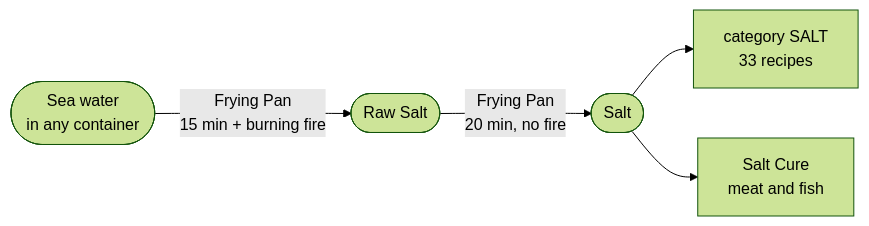
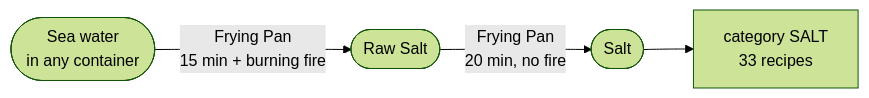
Before and after one commit to Psyern/Psyerns_ChefZ: the third of 14 diagrams in ChefZ_Wiki/Production-Chains.md, drawn with Mermaid (forest theme). The commit also changed other lines of this file and 359 other files, not shown here.

````diff
--- a/ChefZ_Wiki/Production-Chains.md
+++ b/ChefZ_Wiki/Production-Chains.md
@@ -120,7 +121,6 @@
 ```mermaid
 graph LR
   SW(["Sea water<br/>in any container"]) -->|"Frying Pan<br/>15 min + burning fire"| RS(["Raw Salt"])
   RS -->|"Frying Pan<br/>20 min, no fire"| SA(["Salt"])
   SA --> R["category SALT<br/>33 recipes"]
-  SA --> C["Salt Cure<br/>meat and fish"]
 ```
````
